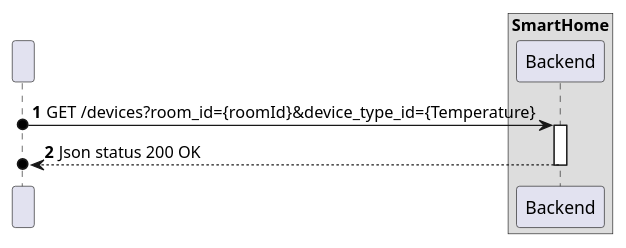
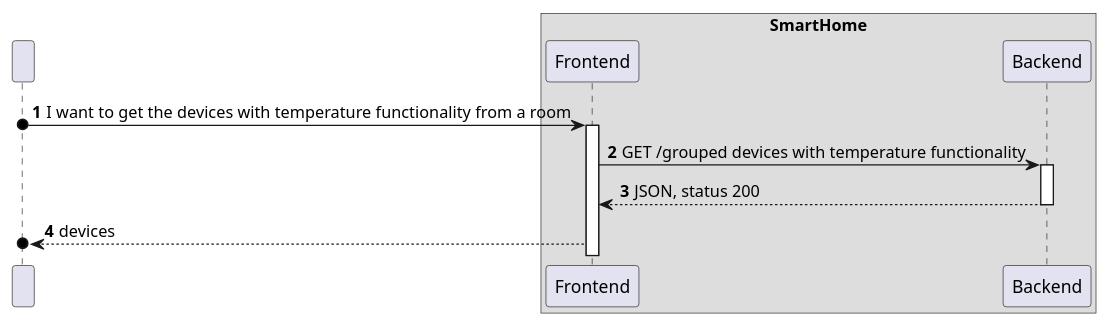
Before and after one commit to olivDiogo/SmartHome: the diagram in docs/ooa/C4_4plus1_models/Level2/ProcessView/ProcessViewLevel2_UC12.puml, drawn with PlantUML. The commit also changed 11 other files, not shown here.

Commit message:
docs: updates on process view level 2 and 3 diagrams

```diff
--- a/docs/ooa/C4_4plus1_models/Level2/ProcessView/ProcessViewLevel2_UC12.puml
+++ b/docs/ooa/C4_4plus1_models/Level2/ProcessView/ProcessViewLevel2_UC12.puml
@@ -1,21 +1,26 @@
 @startuml
 'https://plantuml.com/sequence-diagram
 
 !pragma layout smetana
 
 autonumber
 
 participant " " as HTTP
 
 box "SmartHome"
+    participant "Frontend" as FE
     participant "Backend" as BE
 
 end box
+HTTP o-> FE: I want to get the devices with temperature functionality from a room
+activate FE
 
-HTTP o-> BE : GET /devices?room_id={roomId}&device_type_id={Temperature}
+FE -> BE : GET /grouped devices with temperature functionality
 activate BE
 
-BE -->o HTTP : Json status 200 OK
+BE --> FE : JSON, status 200
 deactivate BE
 
+FE -->o HTTP : devices
+
 @enduml
```
